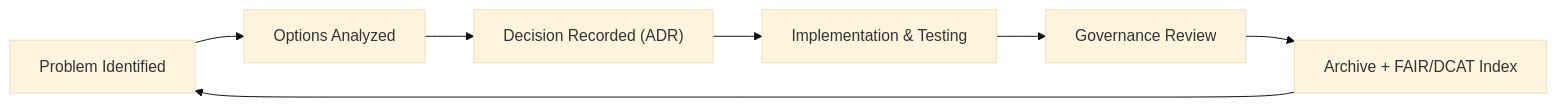
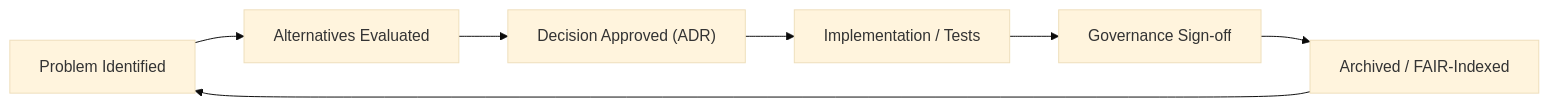
Before and after one commit to bartytime4life/Kansas-Frontier-Matrix: the first of 2 diagrams in docs/design/reviews/architecture/templates/adr_template.md, drawn with Mermaid (base theme). The commit also changed other lines of this file, not shown here.

````diff
--- a/docs/design/reviews/architecture/templates/adr_template.md
+++ b/docs/design/reviews/architecture/templates/adr_template.md
@@ -162,9 +170,9 @@
 ```mermaid
 flowchart LR
-  A["Problem Identified"] --> B["Options Analyzed"]
-  B --> C["Decision Recorded (ADR)"]
-  C --> D["Implementation & Testing"]
-  D --> E["Governance Review"]
-  E --> F["Archive + FAIR/DCAT Index"]
+  A["Problem Identified"] --> B["Alternatives Evaluated"]
+  B --> C["Decision Approved (ADR)"]
+  C --> D["Implementation / Tests"]
+  D --> E["Governance Sign-off"]
+  E --> F["Archived / FAIR-Indexed"]
   F --> A
 ```
````
